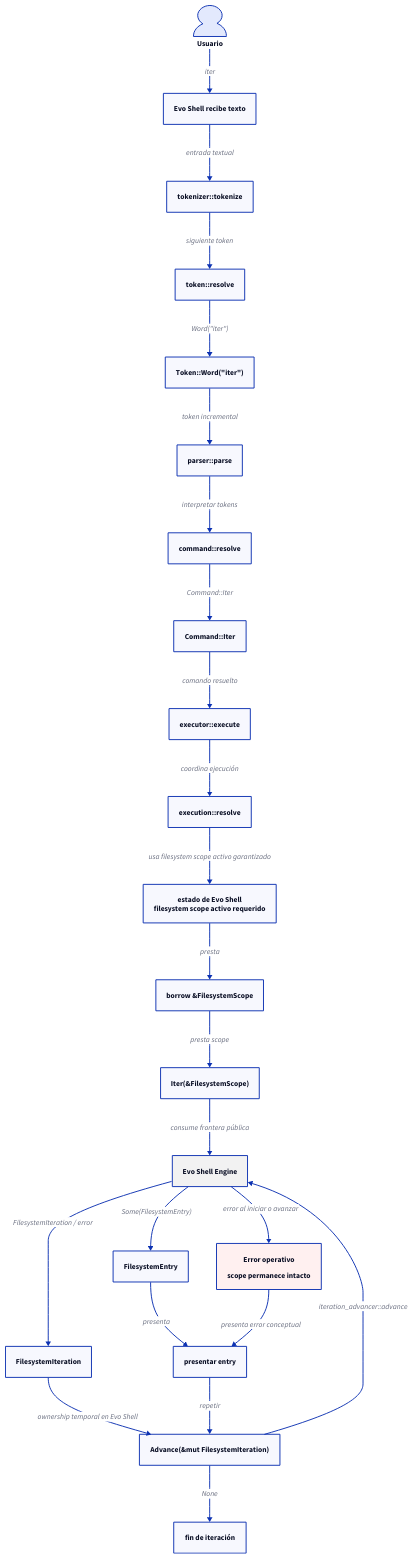
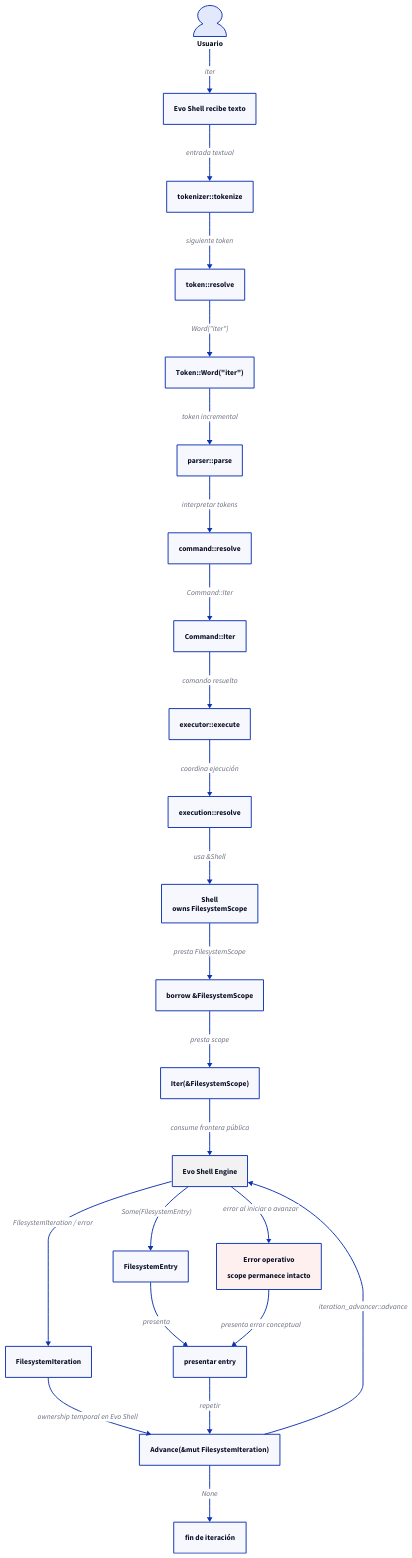
One commit to niqel/evolution changed the diagram in evo-shell/technical_documentation/use_cases/UC-002-iterate-filesystem-scope-command/sequence.d2. Above: the diagram before and after it, drawn with D2. The commit also changed 10 other files, not shown here.

Commit message:
docs: define shell initialization architecture

```diff
--- a/evo-shell/technical_documentation/use_cases/UC-002-iterate-filesystem-scope-command/sequence.d2
+++ b/evo-shell/technical_documentation/use_cases/UC-002-iterate-filesystem-scope-command/sequence.d2
@@ -1,106 +1,106 @@
 direction: down
 
 usuario: "Usuario" {
   shape: person
 }
 
 evo_shell: "Evo Shell recibe texto" {
   shape: rectangle
 }
 
 tokenizer: "tokenizer::tokenize" {
   shape: rectangle
 }
 
 token_resolver: "token::resolve" {
   shape: rectangle
 }
 
 word_token: "Token::Word(\"iter\")" {
   shape: rectangle
 }
 
 parser: "parser::parse" {
   shape: rectangle
 }
 
 command_resolver: "command::resolve" {
   shape: rectangle
 }
 
 command: "Command::Iter" {
   shape: rectangle
 }
 
 executor: "executor::execute" {
   shape: rectangle
 }
 
 execution_resolver: "execution::resolve" {
   shape: rectangle
 }
 
-shell_state: "estado de Evo Shell\nfilesystem scope activo requerido" {
+shell: "Shell\nowns FilesystemScope" {
   shape: rectangle
 }
 
 borrow_scope: "borrow &FilesystemScope" {
   shape: rectangle
 }
 
 iter_use_case: "Iter(&FilesystemScope)" {
   shape: rectangle
 }
 
 engine: "Evo Shell Engine" {
   shape: rectangle
   style.fill: "#f2f2f2"
 }
 
 iteration: "FilesystemIteration" {
   shape: rectangle
 }
 
 advance: "Advance(&mut FilesystemIteration)" {
   shape: rectangle
 }
 
 entry: "FilesystemEntry" {
   shape: rectangle
 }
 
 presentation: "presentar entry" {
   shape: rectangle
 }
 
 end: "fin de iteración" {
   shape: rectangle
 }
 
 operational_error: "Error operativo\n\nscope permanece intacto" {
   shape: rectangle
   style.fill: "#fff0f0"
 }
 
 usuario -> evo_shell: "iter"
 evo_shell -> tokenizer: "entrada textual"
 tokenizer -> token_resolver: "siguiente token"
 token_resolver -> word_token: "Word(\"iter\")"
 word_token -> parser: "token incremental"
 parser -> command_resolver: "interpretar tokens"
 command_resolver -> command: "Command::Iter"
 command -> executor: "comando resuelto"
 executor -> execution_resolver: "coordina ejecución"
-execution_resolver -> shell_state: "usa filesystem scope activo garantizado"
-shell_state -> borrow_scope: "presta"
+execution_resolver -> shell: "usa &Shell"
+shell -> borrow_scope: "presta FilesystemScope"
 borrow_scope -> iter_use_case: "presta scope"
 iter_use_case -> engine: "consume frontera pública"
 engine -> iteration: "FilesystemIteration / error"
 iteration -> advance: "ownership temporal en Evo Shell"
 advance -> engine: "iteration_advancer::advance"
 engine -> entry: "Some(FilesystemEntry)"
 entry -> presentation: "presenta"
 presentation -> advance: "repetir"
 advance -> end: "None"
 engine -> operational_error: "error al iniciar o avanzar"
 operational_error -> presentation: "presenta error conceptual"
```
